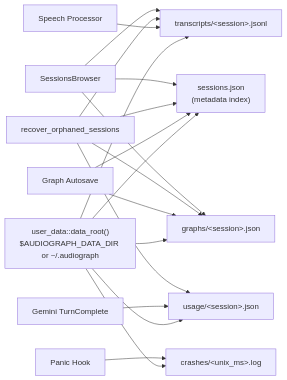
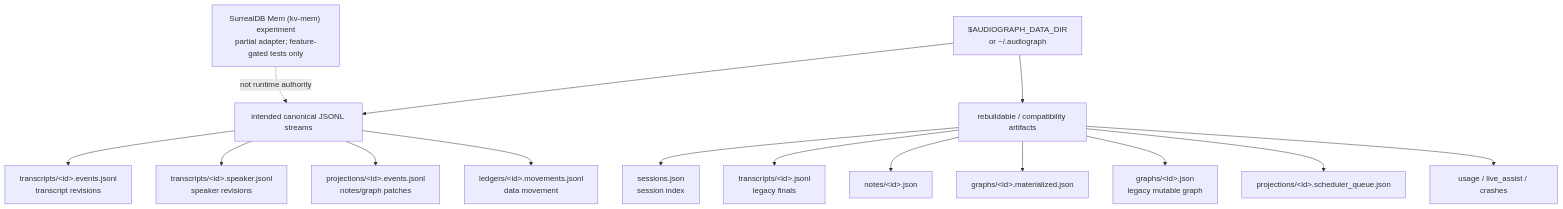
Before and after one commit to Codeseys-Labs/audio-graph: the tenth of 12 diagrams in docs/ARCHITECTURE.md, drawn with Mermaid. The commit also changed other lines of this file and 101 other files, not shown here.

````diff
--- a/docs/ARCHITECTURE.md
+++ b/docs/ARCHITECTURE.md
@@ -858,22 +995,20 @@
 ```mermaid
-flowchart LR
-    ROOT["user_data::data_root()<br/>$AUDIOGRAPH_DATA_DIR or ~/.audiograph"] --> INDEX["sessions.json<br/>(metadata index)"]
-    ROOT --> TRANSCRIPTS["transcripts/&lt;session&gt;.jsonl"]
-    ROOT --> GRAPHS["graphs/&lt;session&gt;.json"]
-    ROOT --> USAGE["usage/&lt;session&gt;.json"]
-    ROOT --> CRASHES["crashes/&lt;unix_ms&gt;.log"]
+flowchart TD
+    ROOT["$AUDIOGRAPH_DATA_DIR<br/>or ~/.audiograph"]
+    ROOT --> CANON["intended canonical JSONL streams"]
+    CANON --> TE["transcripts/&lt;id&gt;.events.jsonl<br/>transcript revisions"]
+    CANON --> SE["transcripts/&lt;id&gt;.speaker.jsonl<br/>speaker revisions"]
+    CANON --> PE["projections/&lt;id&gt;.events.jsonl<br/>notes/graph patches"]
+    CANON --> ME["ledgers/&lt;id&gt;.movements.jsonl<br/>data movement"]
 
-    SPEECH["Speech Processor"] --> TRANSCRIPTS
-    GRAPH["Graph Autosave"] --> GRAPHS
-    GRAPH --> INDEX
-    GEMINI["Gemini TurnComplete"] --> USAGE
-    PANIC["Panic Hook"] --> CRASHES
+    ROOT --> DERIVED["rebuildable / compatibility artifacts"]
+    DERIVED --> IDX["sessions.json<br/>session index"]
+    DERIVED --> LEGACY_T["transcripts/&lt;id&gt;.jsonl<br/>legacy finals"]
+    DERIVED --> NOTES["notes/&lt;id&gt;.json"]
+    DERIVED --> MGRAPH["graphs/&lt;id&gt;.materialized.json"]
+    DERIVED --> LGRAPH["graphs/&lt;id&gt;.json<br/>legacy mutable graph"]
+    DERIVED --> SCHED["projections/&lt;id&gt;.scheduler_queue.json"]
+    DERIVED --> AUX["usage / live_assist / crashes"]
 
-    RECOVERY["recover_orphaned_sessions"] --> TRANSCRIPTS
-    RECOVERY --> GRAPHS
-    RECOVERY --> USAGE
-    RECOVERY --> INDEX
-    UI["SessionsBrowser"] --> INDEX
-    UI --> TRANSCRIPTS
-    UI --> GRAPHS
+    OPTIONAL["SurrealDB Mem (kv-mem) experiment<br/>partial adapter; feature-gated tests only"] -.->|"not runtime authority"| CANON
 ```
````
